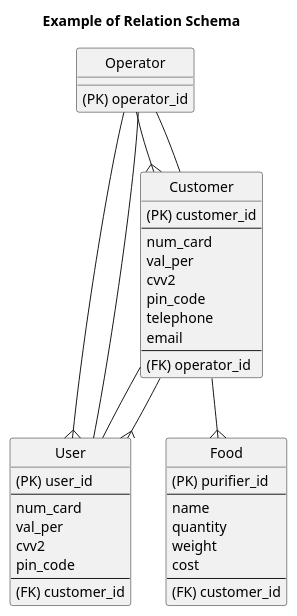
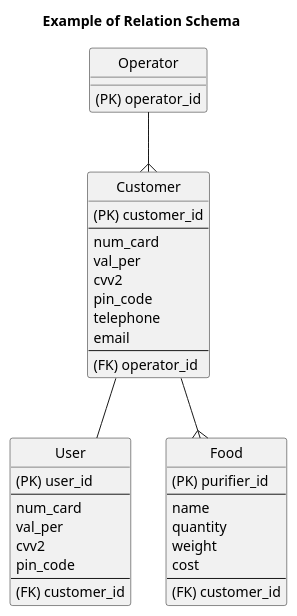
One commit to oleksandrblazhko/ai-216-zaporozhchenko changed the diagram in 2-SoftwareDesign/2.7-PlantUML/DataModel.puml. Above: the diagram before and after it, drawn with PlantUML.

```diff
--- a/2-SoftwareDesign/2.7-PlantUML/DataModel.puml
+++ b/2-SoftwareDesign/2.7-PlantUML/DataModel.puml
@@ -1,52 +1,48 @@
 @startuml
 title Example of Relation Schema
 
 hide circle
 
 entity "User" as us {
     (PK) user_id
     --
     num_card
     val_per
     cvv2
     pin_code
     --
     (FK) customer_id
 }
 
 entity "Operator" as op {
     (PK) operator_id
 }
 
 entity "Customer" as cus {
     (PK) customer_id
     --
     num_card
     val_per
     cvv2
     pin_code
     telephone
     email
     --
     (FK) operator_id
 }
 
 entity "Food" as fo {
     (PK) purifier_id
     --
     name
     quantity
     weight
     cost
     --
     (FK) customer_id
 }
 
-op --{ us
-op -- us
+op --{ cus
 cus -- us
-cus --{ us
-op --{ cus
-cus -- op
 cus --{ fo
 @enduml
```
